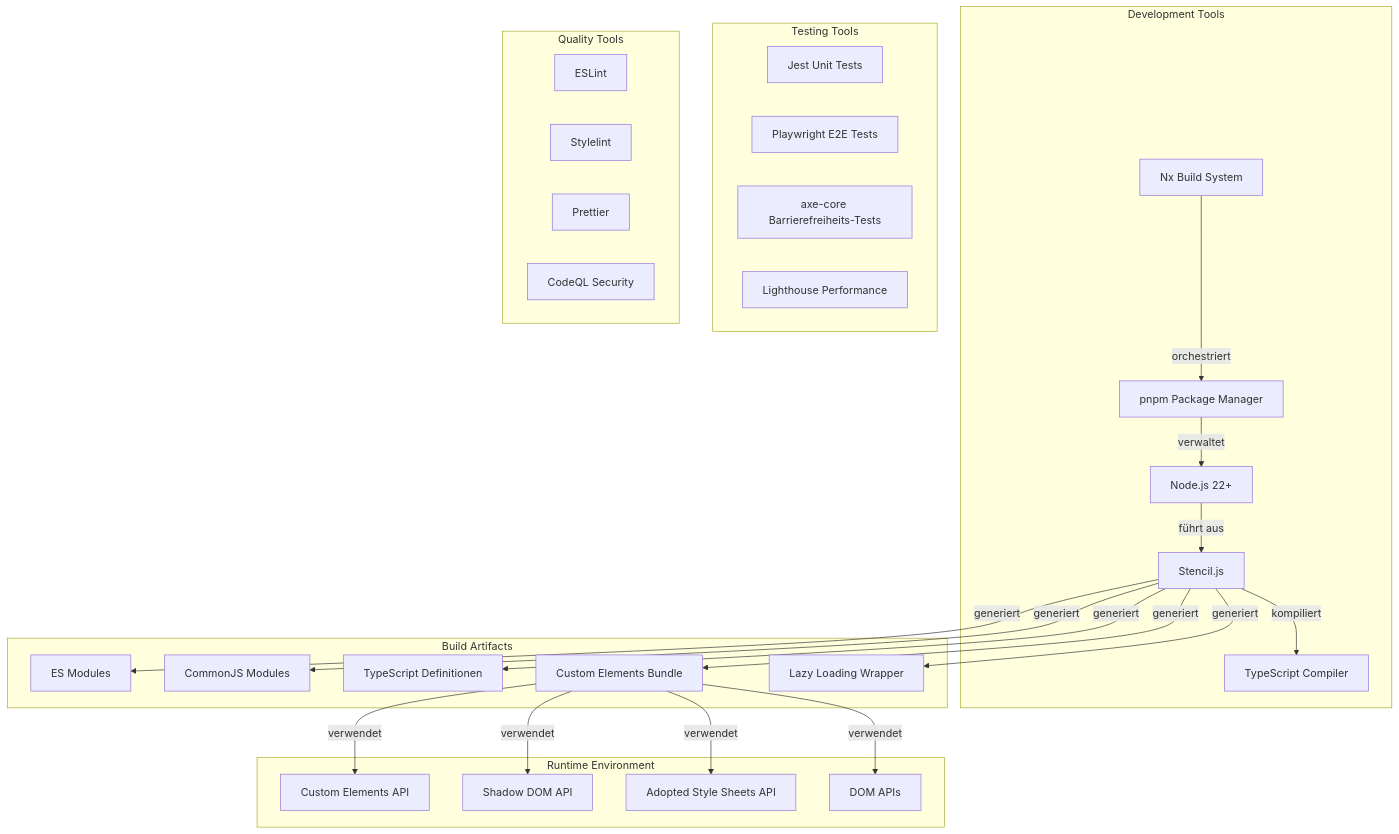
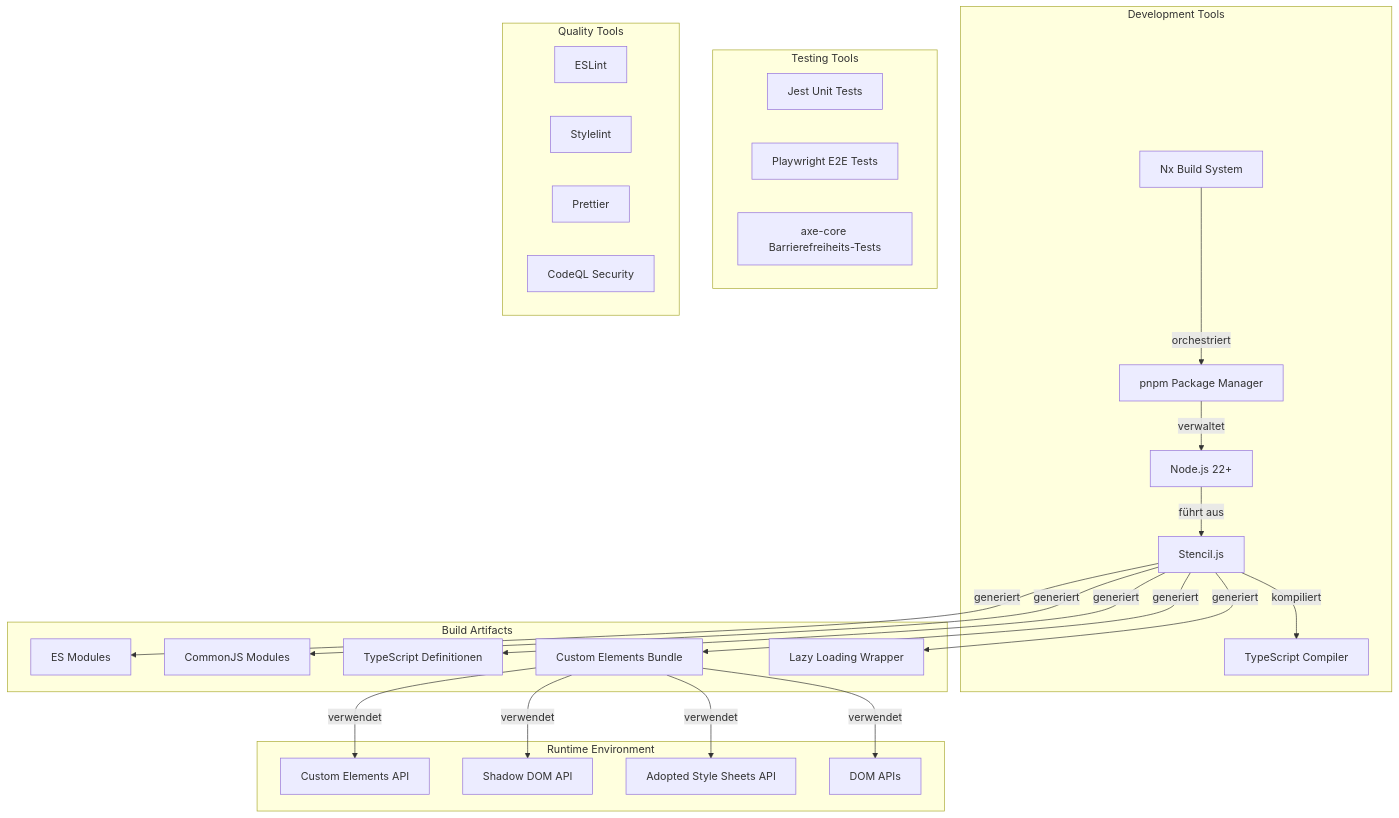
One commit to public-ui/kolibri changed the second of 2 diagrams in docs/arc42_de/03-system-scope-and-context.md. Above: the diagram before and after it, drawn with Mermaid. The commit also changed 11 other files, not shown here.

````diff
--- a/docs/arc42_de/03-system-scope-and-context.md
+++ b/docs/arc42_de/03-system-scope-and-context.md
@@ -73,55 +73,54 @@
 ```mermaid
 graph TB
     subgraph Development Tools
         Node[Node.js 22+]
         pnpm[pnpm Package Manager]
         Nx[Nx Build System]
         TypeScript[TypeScript Compiler]
         Stencil[Stencil.js]
     end
 
     subgraph Build Artifacts
         ESM[ES Modules]
         CJS[CommonJS Modules]
         Types[TypeScript Definitionen]
         CustomElements[Custom Elements Bundle]
         Loader[Lazy Loading Wrapper]
     end
 
     subgraph Runtime Environment
         CustomElementsAPI[Custom Elements API]
         ShadowDOMAPI[Shadow DOM API]
         AdoptedStyleSheets[Adopted Style Sheets API]
         DOMAPI[DOM APIs]
     end
 
     subgraph Testing Tools
         Jest[Jest Unit Tests]
         Playwright[Playwright E2E Tests]
         AxeCore[axe-core Barrierefreiheits-Tests]
-        Lighthouse[Lighthouse Performance]
     end
 
     subgraph Quality Tools
         ESLint[ESLint]
         Stylelint[Stylelint]
         Prettier[Prettier]
         CodeQL[CodeQL Security]
     end
 
     Stencil -->|kompiliert| TypeScript
     Stencil -->|generiert| ESM
     Stencil -->|generiert| CJS
     Stencil -->|generiert| Types
     Stencil -->|generiert| CustomElements
     Stencil -->|generiert| Loader
 
     Node -->|führt aus| Stencil
     pnpm -->|verwaltet| Node
     Nx -->|orchestriert| pnpm
 
     CustomElements -->|verwendet| CustomElementsAPI
     CustomElements -->|verwendet| ShadowDOMAPI
     CustomElements -->|verwendet| AdoptedStyleSheets
     CustomElements -->|verwendet| DOMAPI
 ```
````
